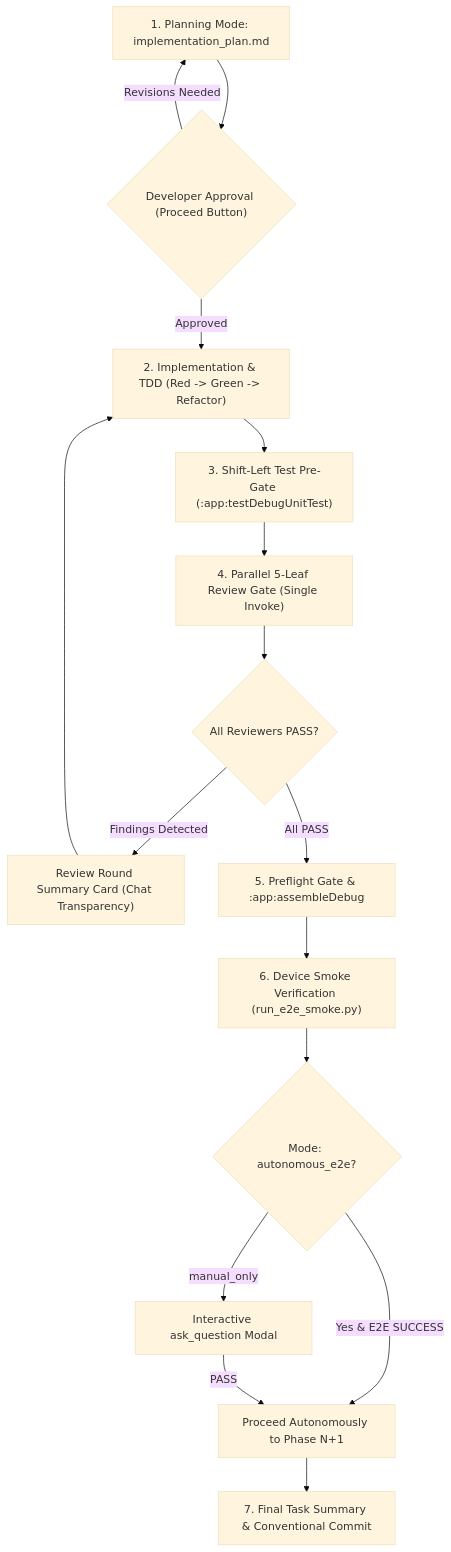
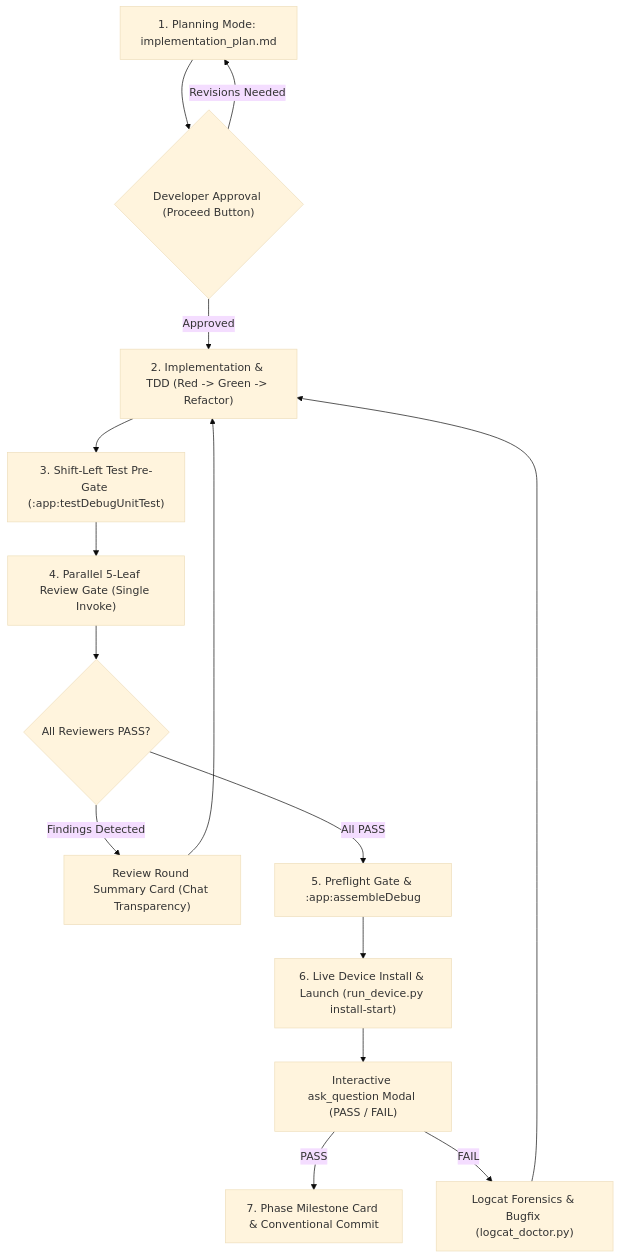
Before and after one commit to rabee-elkholy/android-agent-harness: the diagram in docs/workflows.md, drawn with Mermaid (base theme). The commit also changed 8 other files, not shown here.

````diff
--- a/docs/workflows.md
+++ b/docs/workflows.md
@@ -35,18 +35,17 @@
 ```mermaid
 flowchart TD
     A["1. Planning Mode: implementation_plan.md"] --> B{"Developer Approval (Proceed Button)"}
     B -- Revisions Needed --> A
     B -- Approved --> C["2. Implementation & TDD (Red -> Green -> Refactor)"]
     C --> D["3. Shift-Left Test Pre-Gate (:app:testDebugUnitTest)"]
     D --> E["4. Parallel 5-Leaf Review Gate (Single Invoke)"]
     E --> F{"All Reviewers PASS?"}
     F -- Findings Detected --> G["Review Round Summary Card (Chat Transparency)"]
     G --> C
     F -- All PASS --> H["5. Preflight Gate & :app:assembleDebug"]
-    H --> I["6. Device Smoke Verification (run_e2e_smoke.py)"]
-    I --> J{"Mode: autonomous_e2e?"}
-    J -- Yes & E2E SUCCESS --> K["Proceed Autonomously to Phase N+1"]
-    J -- manual_only --> L["Interactive ask_question Modal"]
-    L -- PASS --> K
-    K --> M["7. Final Task Summary & Conventional Commit"]
+    H --> I["6. Live Device Install & Launch (run_device.py install-start)"]
+    I --> J["Interactive ask_question Modal (PASS / FAIL)"]
+    J -- PASS --> K["7. Phase Milestone Card & Conventional Commit"]
+    J -- FAIL --> L["Logcat Forensics & Bugfix (logcat_doctor.py)"]
+    L --> C
 ```
````
